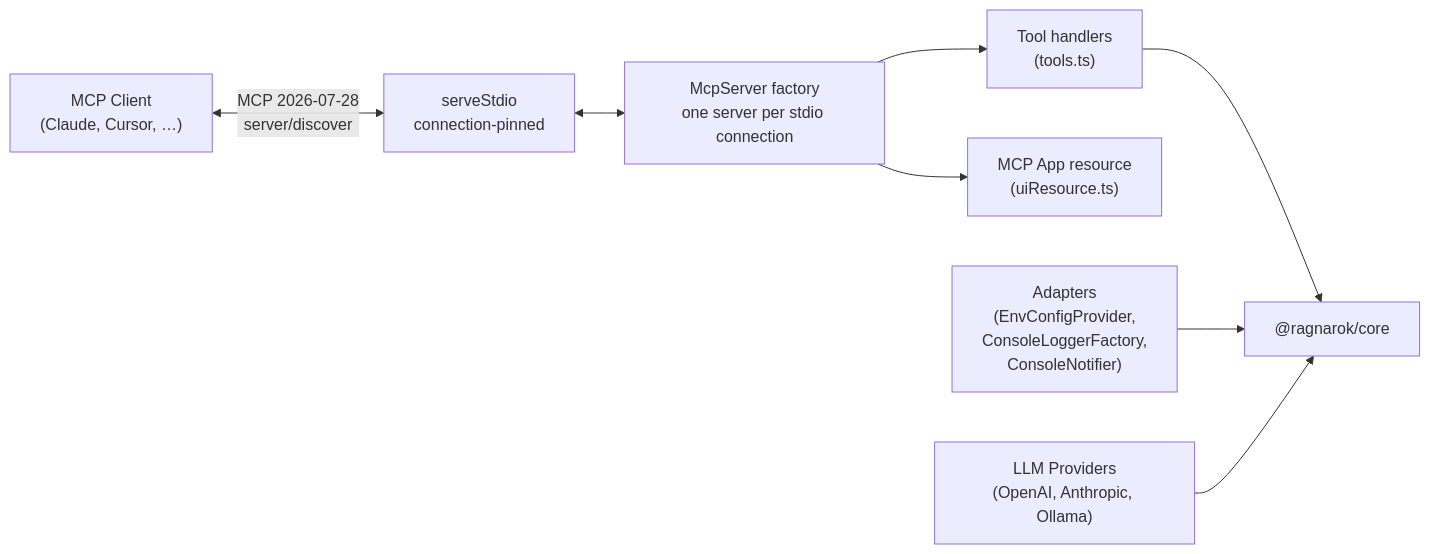
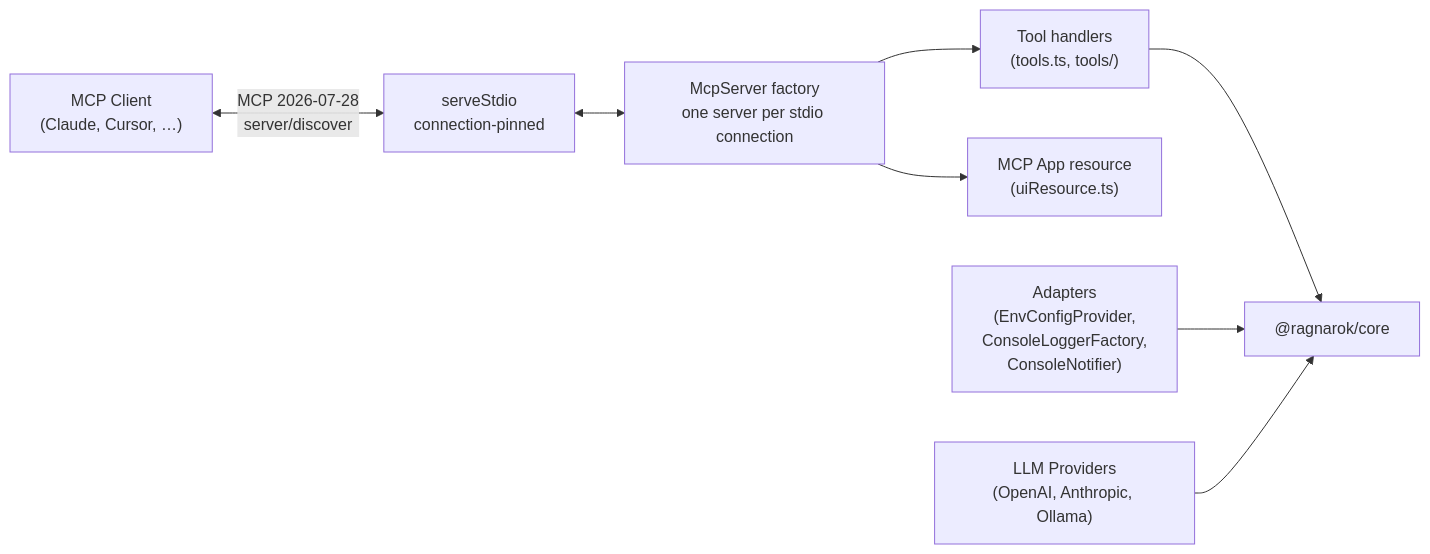
Before and after one commit to hyorman/RAGnarok: the diagram in packages/mcp-server/README.md, drawn with Mermaid. The commit also changed other lines of this file and 134 other files, not shown here.

````diff
--- a/packages/mcp-server/README.md
+++ b/packages/mcp-server/README.md
@@ -24,19 +23,19 @@
 ```mermaid
 flowchart LR
   client["MCP Client</br>(Claude, Cursor, …)"]
   stdio["serveStdio</br>connection-pinned"]
   server["McpServer factory</br>one server per stdio connection"]
-  tools["Tool handlers\n(tools.ts)"]
+  tools["Tool handlers\n(tools.ts, tools/)"]
   ui["MCP App resource\n(uiResource.ts)"]
   adapters["Adapters\n(EnvConfigProvider,\nConsoleLoggerFactory,\nConsoleNotifier)"]
   llm["LLM Providers\n(OpenAI, Anthropic, Ollama)"]
   core["@ragnarok/core"]
 
   client <-->|"MCP 2026-07-28</br>server/discover"| stdio
   stdio <--> server
   server --> tools
   server --> ui
   tools --> core
   adapters --> core
   llm --> core
 ```
````
